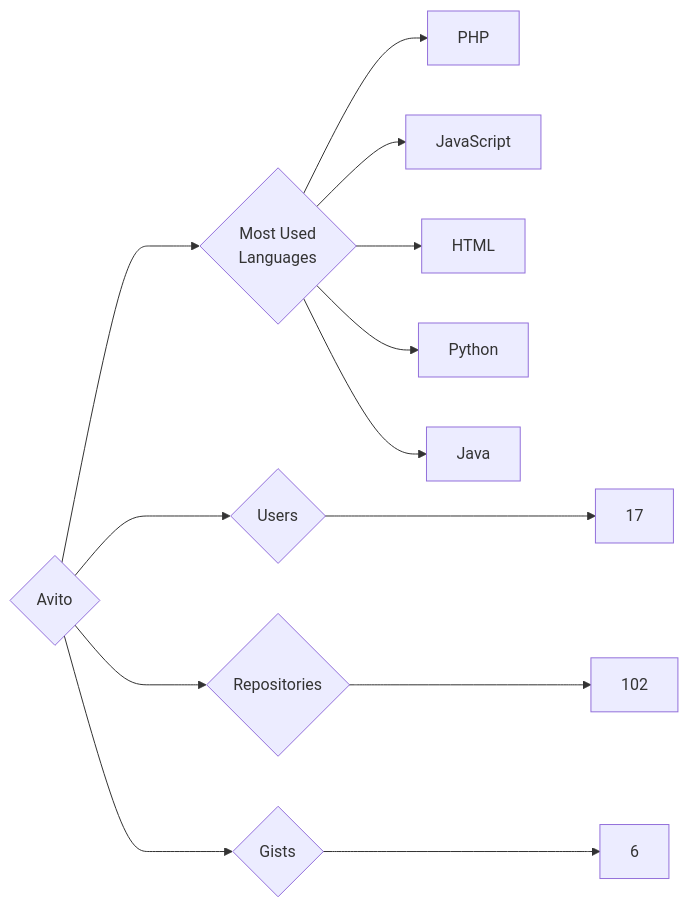
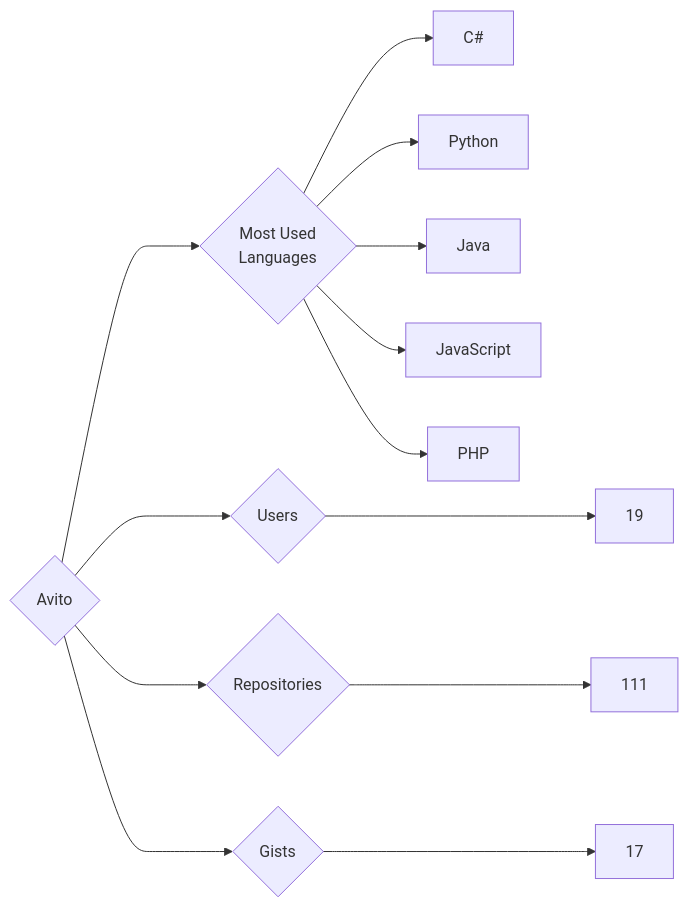
The diagram in targets/Avito/README.md (trickest/insiders), drawn with Mermaid before and after one commit. The commit also changed 688 other files, not shown here.

````diff
--- a/targets/Avito/README.md
+++ b/targets/Avito/README.md
@@ -3,13 +3,13 @@
 ```mermaid
 graph LR
 COMPANY_NAME{Avito}
-COMPANY_NAME ---> U{Users} ---> UN[17]
-COMPANY_NAME ---> R{Repositories} ---> RN[102]
-COMPANY_NAME ---> G{Gists} ---> GN[6]
+COMPANY_NAME ---> U{Users} ---> UN[19]
+COMPANY_NAME ---> R{Repositories} ---> RN[111]
+COMPANY_NAME ---> G{Gists} ---> GN[17]
 COMPANY_NAME ---> ML{Most Used<br>Languages}
-ML --> PHP[PHP]
-ML --> JavaScript[JavaScript]
-ML --> HTML[HTML]
+ML --> C#[C#]
 ML --> Python[Python]
 ML --> Java[Java]
+ML --> JavaScript[JavaScript]
+ML --> PHP[PHP]
 ```
````
